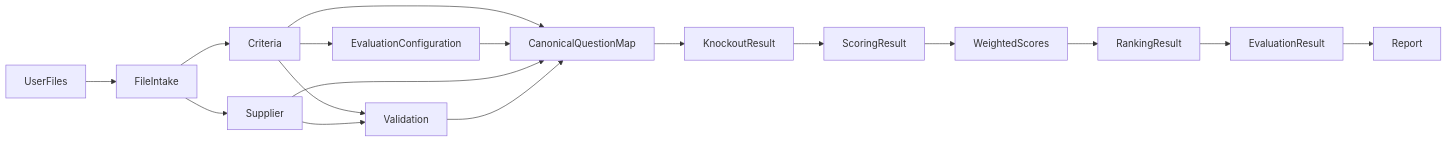
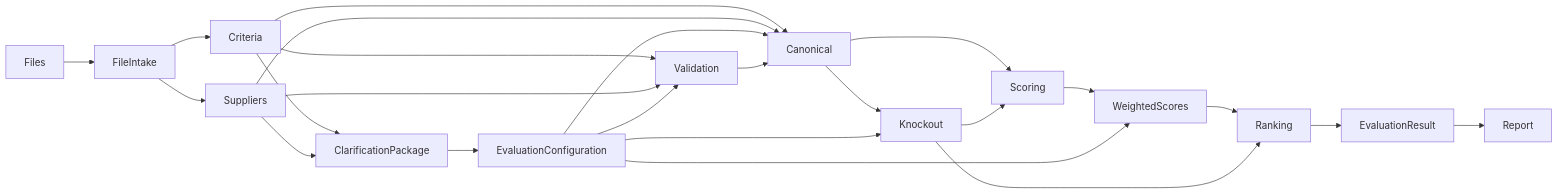
Before and after one commit to adityarane-ai/Agentic-Orchestrations: the diagram in Bid Analysis Agent/09-JSON Schemas.md, drawn with Mermaid. The commit also changed other lines of this file, not shown here.

Commit message:
Update JSON contracts for HITL configuration, scenarios and four-tab report

````diff
--- a/Bid Analysis Agent/09-JSON Schemas.md
+++ b/Bid Analysis Agent/09-JSON Schemas.md
@@ -35,20 +21,27 @@
 ```mermaid
 flowchart LR
 
-UserFiles --> FileIntake
+Files --> FileIntake
 FileIntake --> Criteria
-FileIntake --> Supplier
-Criteria --> EvaluationConfiguration
+FileIntake --> Suppliers
+Criteria --> ClarificationPackage
+Suppliers --> ClarificationPackage
+ClarificationPackage --> EvaluationConfiguration
 Criteria --> Validation
-Supplier --> Validation
-Criteria --> CanonicalQuestionMap
-EvaluationConfiguration --> CanonicalQuestionMap
-Supplier --> CanonicalQuestionMap
-Validation --> CanonicalQuestionMap
-CanonicalQuestionMap --> KnockoutResult
-KnockoutResult --> ScoringResult
-ScoringResult --> WeightedScores
-WeightedScores --> RankingResult
-RankingResult --> EvaluationResult
+Suppliers --> Validation
+EvaluationConfiguration --> Validation
+Criteria --> Canonical
+Suppliers --> Canonical
+EvaluationConfiguration --> Canonical
+Validation --> Canonical
+Canonical --> Knockout
+EvaluationConfiguration --> Knockout
+Canonical --> Scoring
+Knockout --> Scoring
+Scoring --> WeightedScores
+EvaluationConfiguration --> WeightedScores
+WeightedScores --> Ranking
+Knockout --> Ranking
+Ranking --> EvaluationResult
 EvaluationResult --> Report
 ```
````
